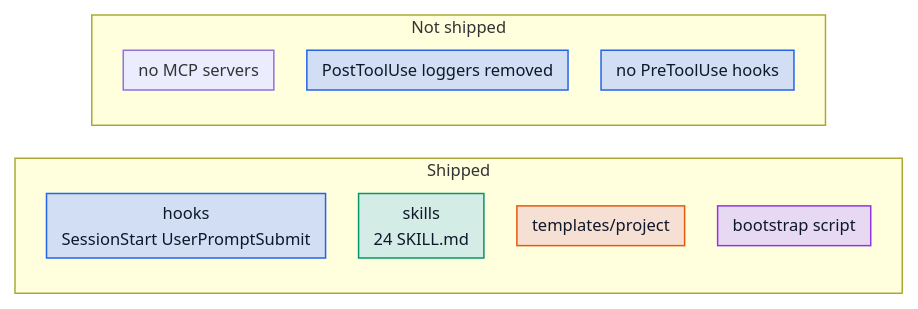
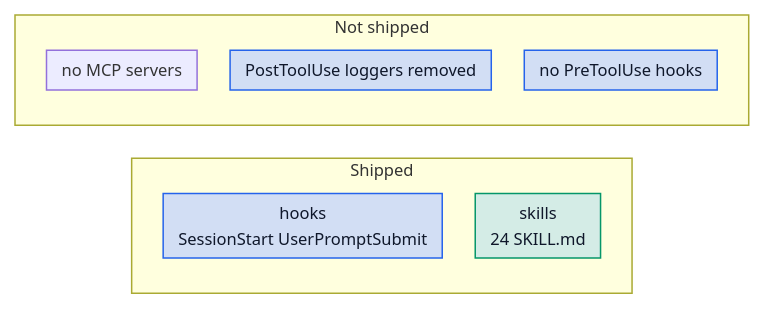
The sixth of 6 diagrams in plugin/README.md (Pasanbasuru/company-plugin), drawn with Mermaid before and after one commit. The commit also changed other lines of this file and 5 other files, not shown here.

First line of the commit message:
refactor: delete plugin/scripts/ and plugin/templates/, preserve only .env deny rules in README

````diff
--- a/plugin/README.md
+++ b/plugin/README.md
@@ -329,24 +312,20 @@
 ```mermaid
 %%{init: {"themeVariables": {"fontSize": "11px"}, "flowchart": {"padding": 5, "nodeSpacing": 22, "rankSpacing": 22, "diagramPadding": 4}}}%%
 flowchart LR
 classDef hooks fill:#d2def4,stroke:#2563eb,color:#0f172a
 classDef scripts fill:#e8d9f3,stroke:#9333ea,color:#0f172a
 classDef skills fill:#d4ece6,stroke:#059669,color:#0f172a
 classDef templates fill:#f6dfd3,stroke:#ea580c,color:#0f172a
   subgraph ships ["Shipped"]
     A["hooks<br/>SessionStart UserPromptSubmit"]
     B["skills<br/>24 SKILL.md"]
-    C["templates/project"]
-    D["bootstrap script"]
   end
   subgraph nothere ["Not shipped"]
     E["no MCP servers"]
     F["PostToolUse loggers removed"]
     G["no PreToolUse hooks"]
   end
 class A hooks
 class B skills
-class C templates
-class D scripts
 class F,G hooks
 ```
````
